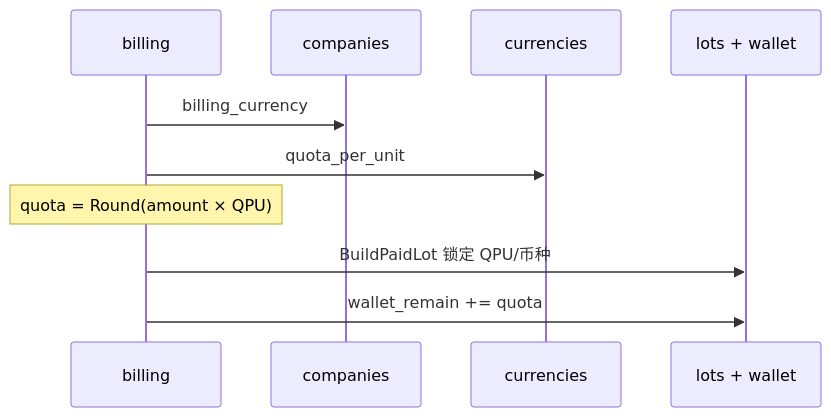
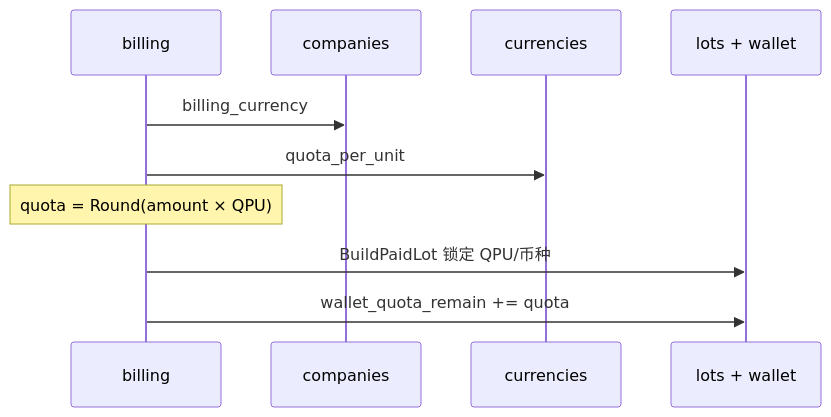
One commit to quyip8818/mytokenjoy changed the fourth of 6 diagrams in docs/Backend-计费模式.md. Above: the diagram before and after it, drawn with Mermaid. The commit also changed other lines of this file and 43 other files, not shown here.

Commit message:
rename wallet_remain → wallet_quota_remain

````diff
--- a/docs/Backend-计费模式.md
+++ b/docs/Backend-计费模式.md
@@ -165,13 +165,13 @@
 ```mermaid
 sequenceDiagram
   participant B as billing
   participant Co as companies
   participant Cur as currencies
   participant PG as lots + wallet
 
   B->>Co: billing_currency
   B->>Cur: quota_per_unit
   Note over B: quota = Round(amount × QPU)
   B->>PG: BuildPaidLot 锁定 QPU/币种
-  B->>PG: wallet_remain += quota
+  B->>PG: wallet_quota_remain += quota
 ```
````
